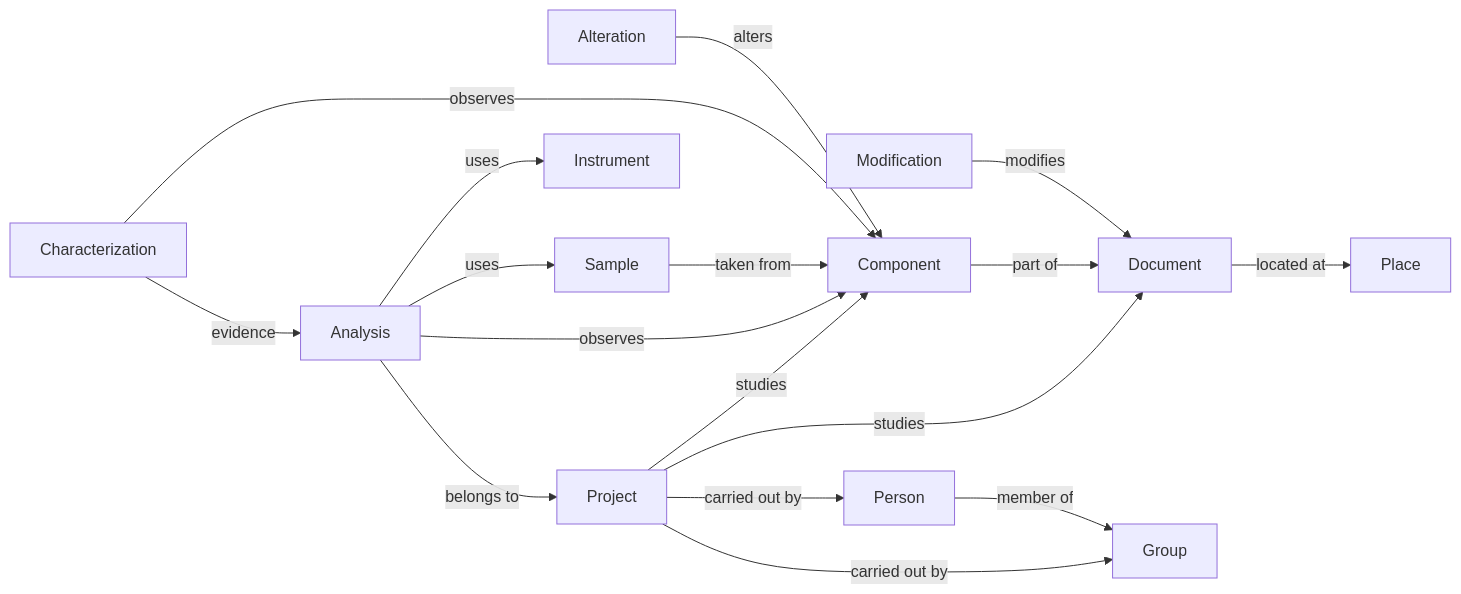
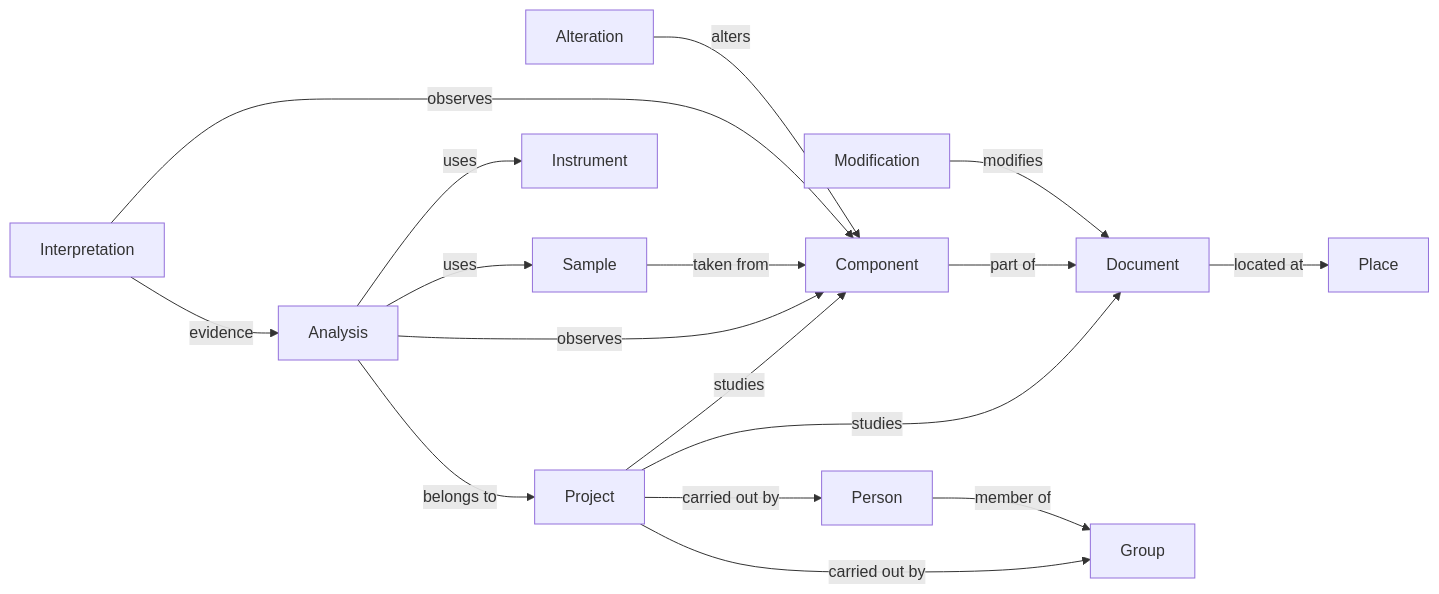
The diagram in README.md (CRC-Centre-Recherche-Conservation/manuspectrum-pkg), drawn with Mermaid before and after one commit. The commit also changed 10 other files, not shown here.

First line of the commit message:
feat(graphs): rename the Characterization model to Interpretation

````diff
--- a/README.md
+++ b/README.md
@@ -25,19 +25,19 @@
 ```mermaid
 graph LR
   Project -->|studies| Document
   Project -->|studies| Component
   Project -->|carried out by| Person
   Project -->|carried out by| Group
   Component -->|part of| Document
   Analysis -->|observes| Component
   Analysis -->|uses| Sample
   Analysis -->|belongs to| Project
   Analysis -->|uses| Instrument
   Sample -->|taken from| Component
-  Characterization -->|observes| Component
-  Characterization -->|evidence| Analysis
+  Interpretation -->|observes| Component
+  Interpretation -->|evidence| Analysis
   Alteration -->|alters| Component
   Modification -->|modifies| Document
   Person -->|member of| Group
   Document -->|located at| Place
 ```
````
